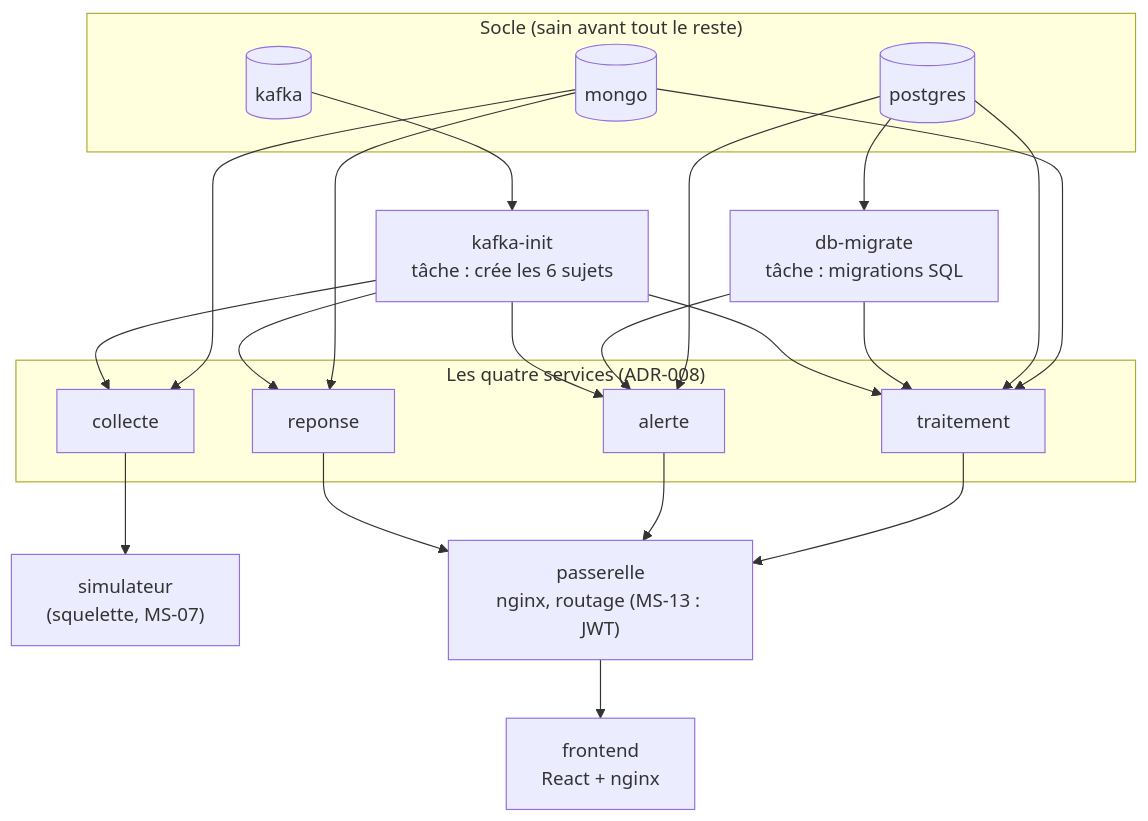
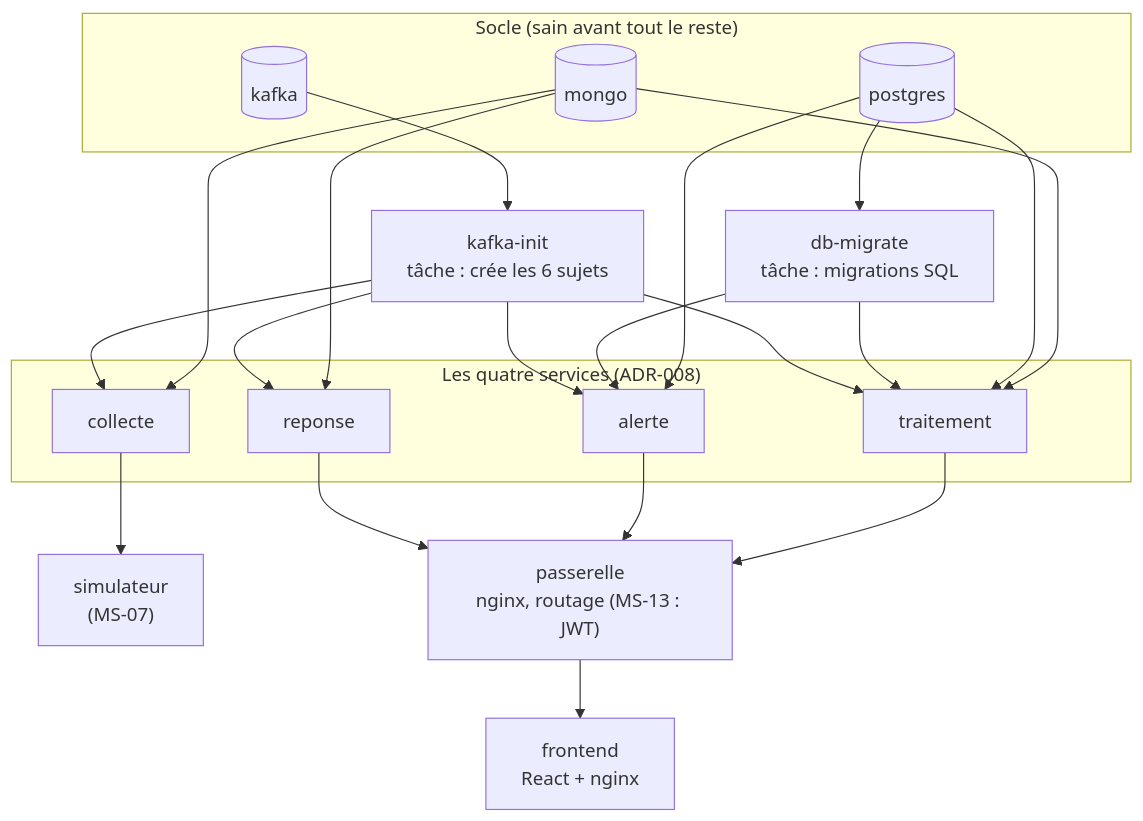
Before and after one commit to RobelManoa/novaria-core: the diagram in docs/08-exploitation/pile-locale.md, drawn with Mermaid. The commit also changed other lines of this file and 32 other files, not shown here.

````diff
--- a/docs/08-exploitation/pile-locale.md
+++ b/docs/08-exploitation/pile-locale.md
@@ -14,25 +14,25 @@
 ```mermaid
 flowchart TB
     subgraph SOCLE["Socle (sain avant tout le reste)"]
         PG[(postgres)]
         MG[(mongo)]
         KF[(kafka)]
     end
     MIG["db-migrate<br/>tâche : migrations SQL"]
     KI["kafka-init<br/>tâche : crée les 6 sujets"]
     PG --> MIG
     KF --> KI
     subgraph SERVICES["Les quatre services (ADR-008)"]
         COL[collecte]
         TRA[traitement]
         ALE[alerte]
         REP[reponse]
     end
     MG --> COL & TRA & REP
     PG --> TRA & ALE
     MIG --> TRA & ALE
     KI --> COL & TRA & ALE & REP
-    COL --> SIM["simulateur<br/>(squelette, MS-07)"]
+    COL --> SIM["simulateur<br/>(MS-07)"]
     TRA & ALE & REP --> GW["passerelle<br/>nginx, routage (MS-13 : JWT)"]
     GW --> FE["frontend<br/>React + nginx"]
 ```
````
